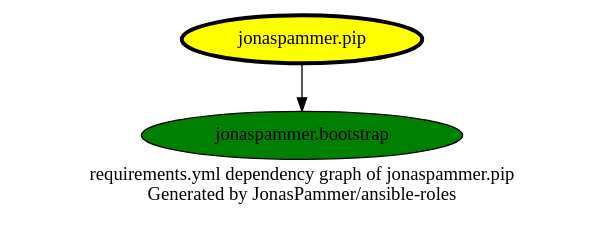
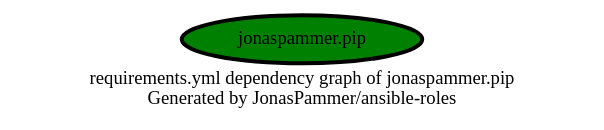
The diagram in graphs/dependencies_pip.dot (JonasPammer/ansible-roles), drawn with Graphviz before and after one commit. The commit also changed 32 other files, not shown here.

```diff
--- a/graphs/dependencies_pip.dot
+++ b/graphs/dependencies_pip.dot
@@ -1,12 +1,10 @@
 digraph hierarchy {
   label = "requirements.yml dependency graph of jonaspammer.pip \n Generated by JonasPammer/ansible-roles" ;
   overlap=false
 
   {
-    "jonaspammer.pip" [fillcolor=yellow style=filled penwidth=3]
-    "jonaspammer.bootstrap" [fillcolor=green style=filled ]
+    "jonaspammer.pip" [fillcolor=green style=filled penwidth=3]
   }
 
 
-  "jonaspammer.pip" -> {"jonaspammer.bootstrap"}
 }
```
